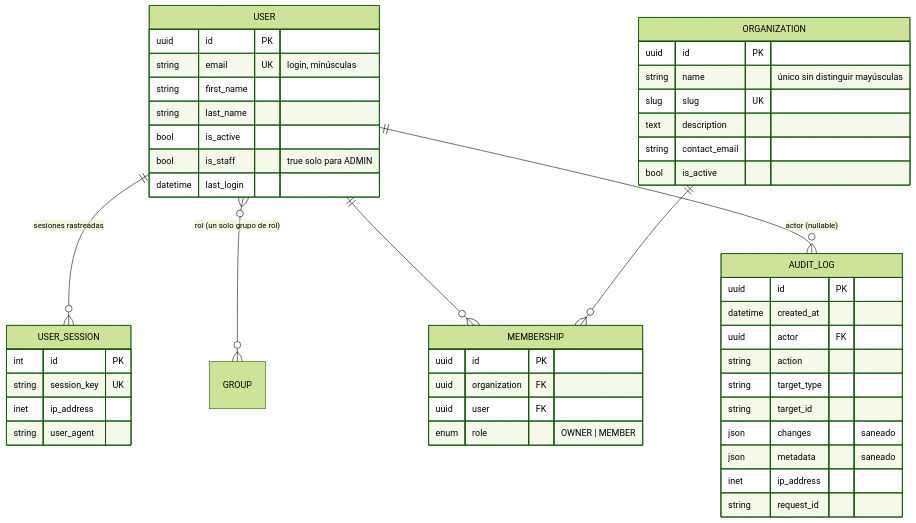
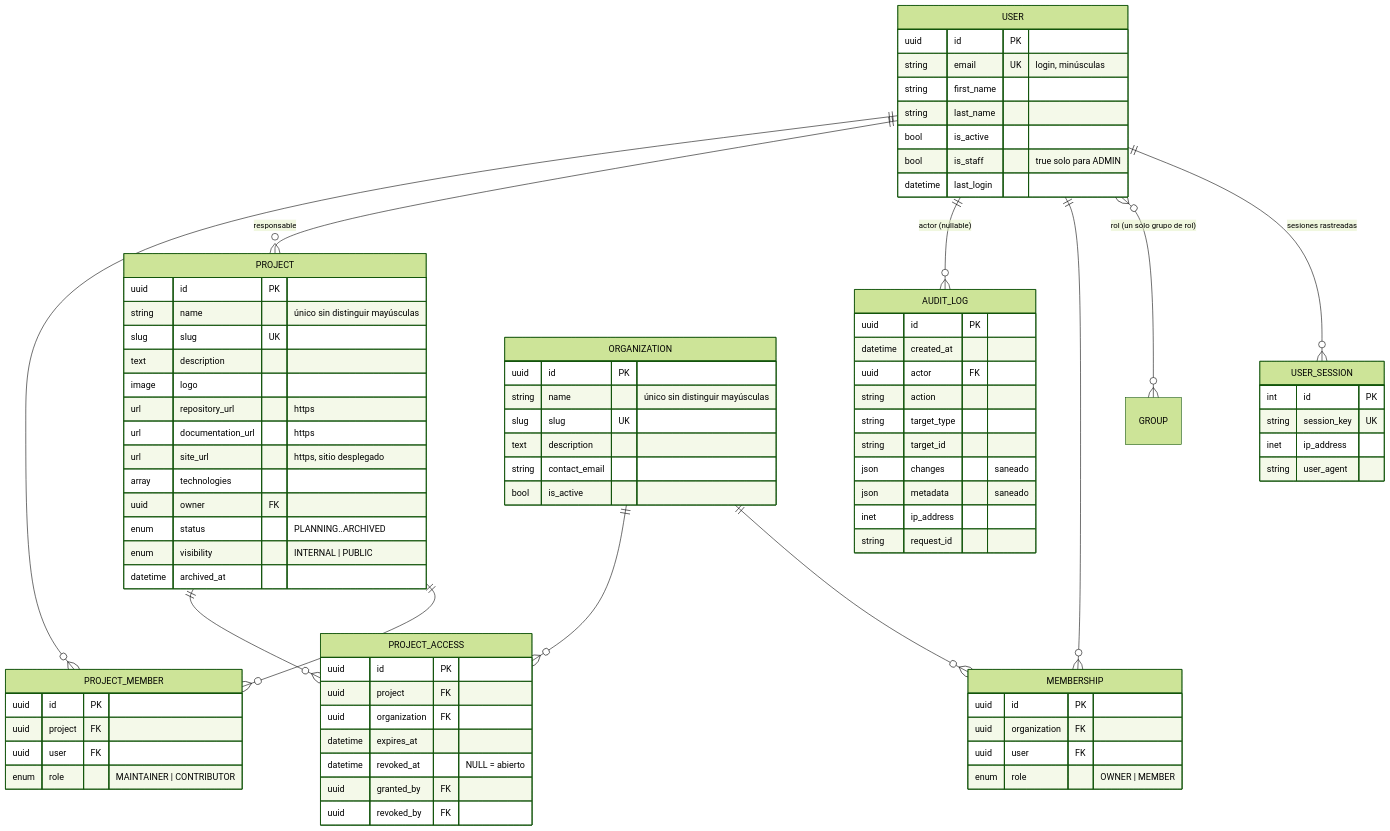
Before and after one commit to girlofthecodes/devhub: the second of 2 diagrams in docs/architecture.md, drawn with Mermaid (forest theme). The commit also changed other lines of this file and 44 other files, not shown here.

```diff
--- a/docs/architecture.md
+++ b/docs/architecture.md
@@ -48,6 +48,11 @@
   USER ||--o{ MEMBERSHIP : ""
   ORGANIZATION ||--o{ MEMBERSHIP : ""
   USER ||--o{ AUDIT_LOG : "actor (nullable)"
+  USER ||--o{ PROJECT : "responsable"
+  PROJECT ||--o{ PROJECT_MEMBER : ""
+  USER ||--o{ PROJECT_MEMBER : ""
+  PROJECT ||--o{ PROJECT_ACCESS : ""
+  ORGANIZATION ||--o{ PROJECT_ACCESS : ""
 
   USER {
     uuid id PK
@@ -78,6 +83,36 @@
     uuid user FK
     enum role "OWNER | MEMBER"
   }
+  PROJECT {
+    uuid id PK
+    string name "único sin distinguir mayúsculas"
+    slug slug UK
+    text description
+    image logo
+    url repository_url "https"
+    url documentation_url "https"
+    url site_url "https, sitio desplegado"
+    array technologies
+    uuid owner FK
+    enum status "PLANNING..ARCHIVED"
+    enum visibility "INTERNAL | PUBLIC"
+    datetime archived_at
+  }
+  PROJECT_MEMBER {
+    uuid id PK
+    uuid project FK
+    uuid user FK
+    enum role "MAINTAINER | CONTRIBUTOR"
+  }
+  PROJECT_ACCESS {
+    uuid id PK
+    uuid project FK
+    uuid organization FK
+    datetime expires_at
+    datetime revoked_at "NULL = abierto"
+    uuid granted_by FK
+    uuid revoked_by FK
+  }
   AUDIT_LOG {
     uuid id PK
     datetime created_at
```
